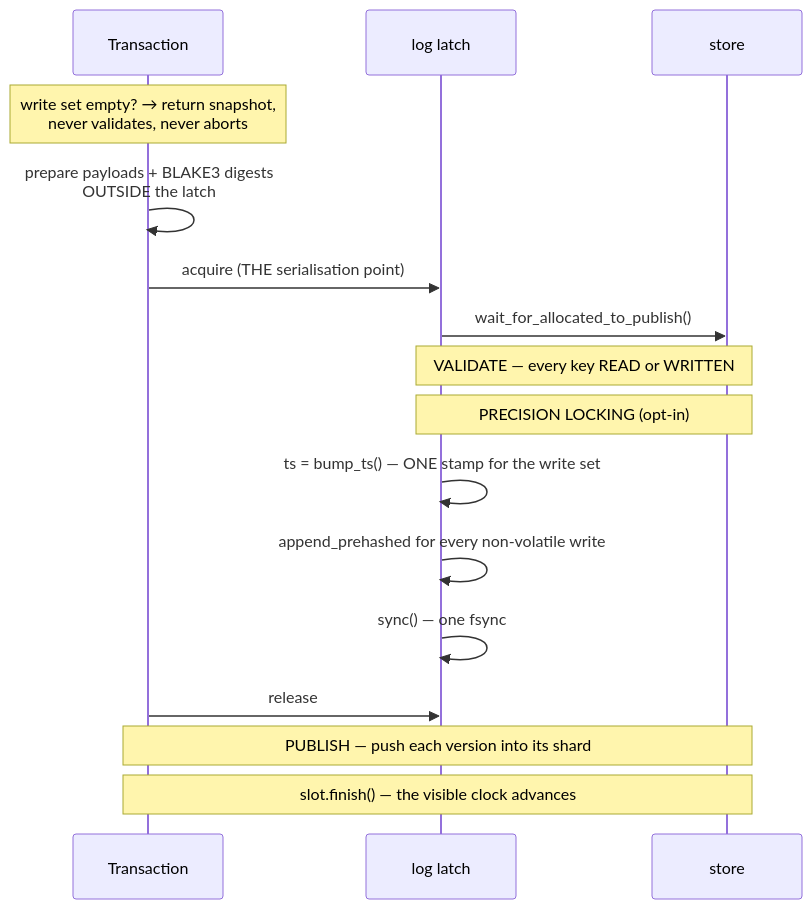
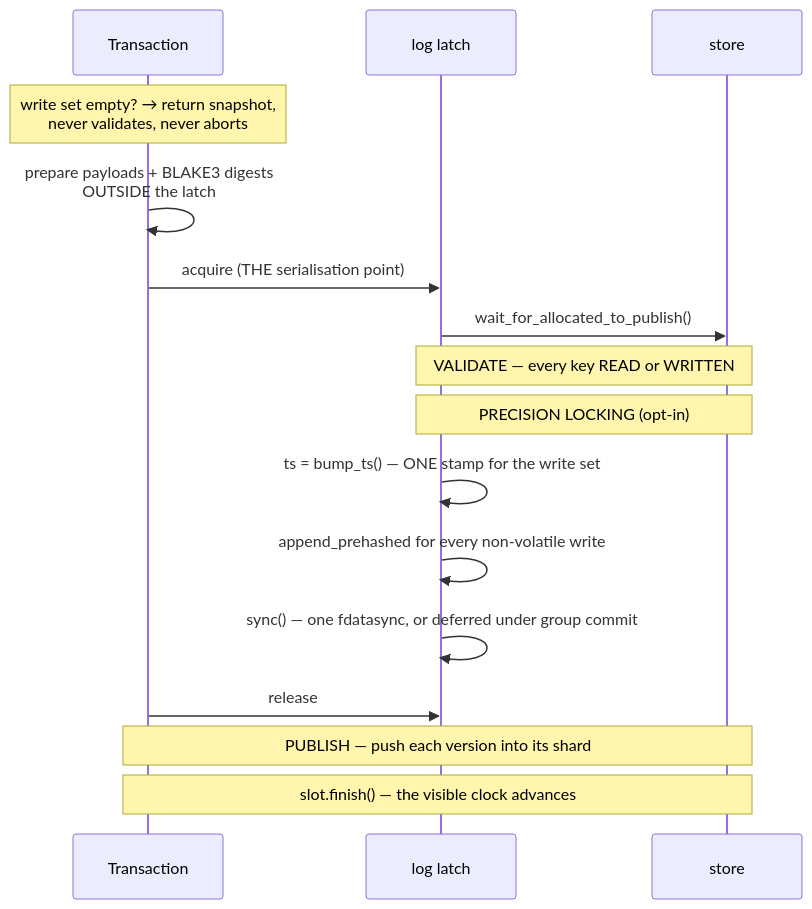
The second of 2 diagrams in docs/book/src/architecture/write-path.md (dsamford/engram), drawn with Mermaid before and after one commit. The commit also changed other lines of this file and 583 other files, not shown here.

````diff
--- a/docs/book/src/architecture/write-path.md
+++ b/docs/book/src/architecture/write-path.md
@@ -88,19 +88,19 @@
 ```mermaid
 sequenceDiagram
     participant T as Transaction
     participant L as log latch
     participant S as store
 
     Note over T: write set empty? → return snapshot,<br/>never validates, never aborts
     T->>T: prepare payloads + BLAKE3 digests<br/>OUTSIDE the latch
     T->>L: acquire (THE serialisation point)
     L->>S: wait_for_allocated_to_publish()
     Note over L,S: VALIDATE — every key READ or WRITTEN
     Note over L,S: PRECISION LOCKING (opt-in)
     L->>L: ts = bump_ts() — ONE stamp for the write set
     L->>L: append_prehashed for every non-volatile write
-    L->>L: sync() — one fsync
+    L->>L: sync() — one fdatasync, or deferred under group commit
     T->>L: release
     Note over T,S: PUBLISH — push each version into its shard
     Note over T,S: slot.finish() — the visible clock advances
 ```
````
